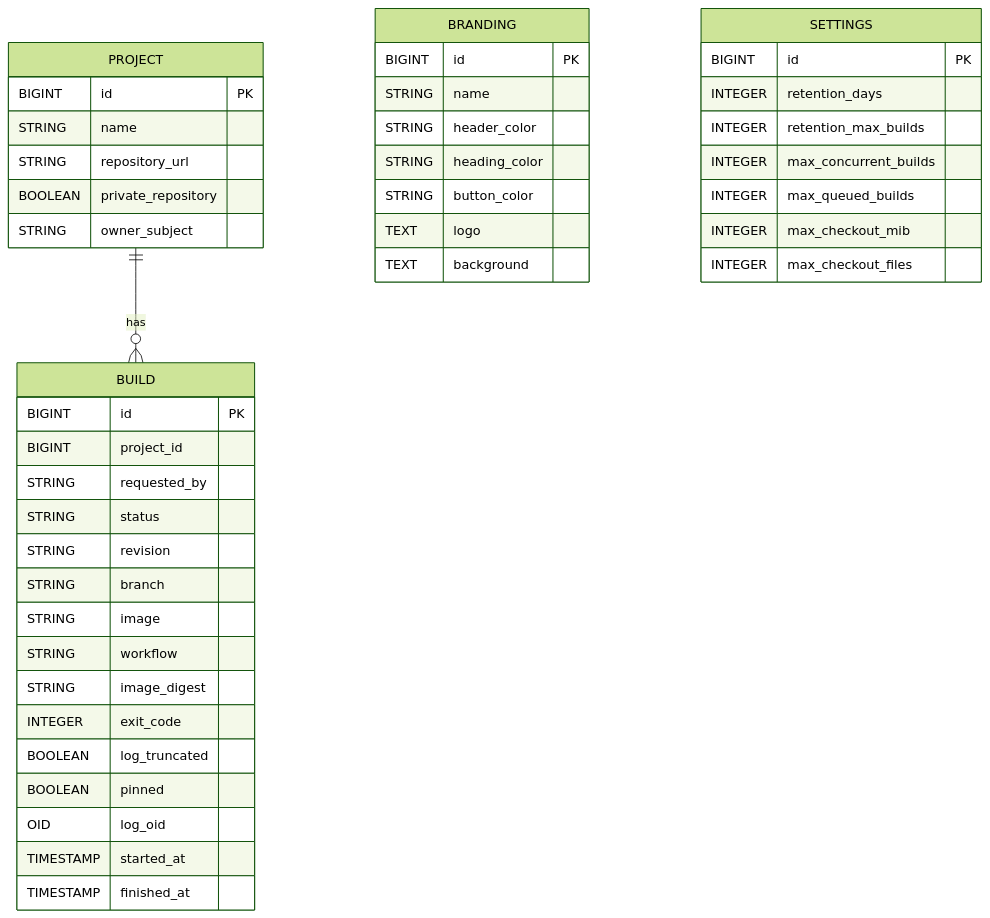
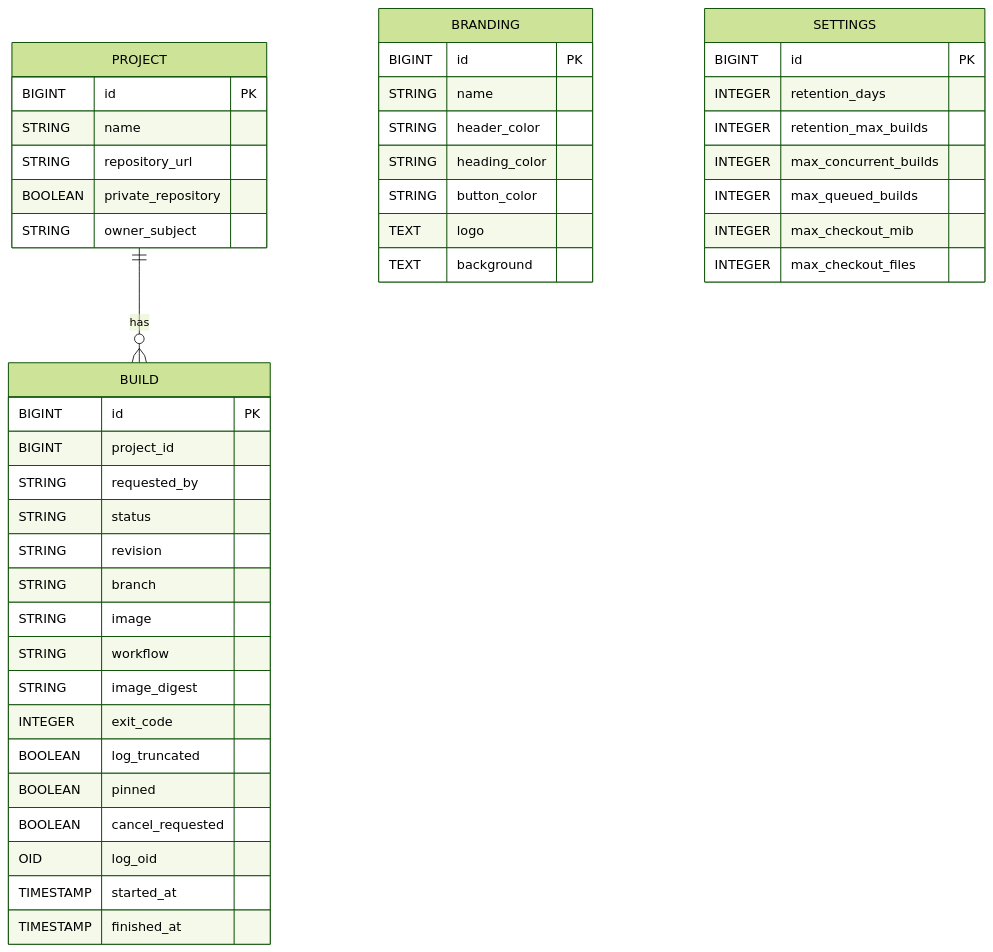
Before and after one commit to ecleon26/cisys: the diagram in docs/manual/en/72-architecture.md, drawn with Mermaid (forest theme). The commit also changed other lines of this file and 17 other files, not shown here.

````diff
--- a/docs/manual/en/72-architecture.md
+++ b/docs/manual/en/72-architecture.md
@@ -30,50 +30,51 @@
 ```mermaid
 erDiagram
     PROJECT {
         BIGINT id PK
         STRING name
         STRING repository_url
         BOOLEAN private_repository
         STRING owner_subject
     }
 
     BUILD {
         BIGINT id PK
         BIGINT project_id
         STRING requested_by
         STRING status
         STRING revision
         STRING branch
         STRING image
         STRING workflow
         STRING image_digest
         INTEGER exit_code
         BOOLEAN log_truncated
         BOOLEAN pinned
+        BOOLEAN cancel_requested
         OID log_oid
         TIMESTAMP started_at
         TIMESTAMP finished_at
     }
 
     BRANDING {
         BIGINT id PK
         STRING name
         STRING header_color
         STRING heading_color
         STRING button_color
         TEXT logo
         TEXT background
     }
 
     SETTINGS {
         BIGINT id PK
         INTEGER retention_days
         INTEGER retention_max_builds
         INTEGER max_concurrent_builds
         INTEGER max_queued_builds
         INTEGER max_checkout_mib
         INTEGER max_checkout_files
     }
 
     PROJECT ||--o{ BUILD : has
 ```
````
